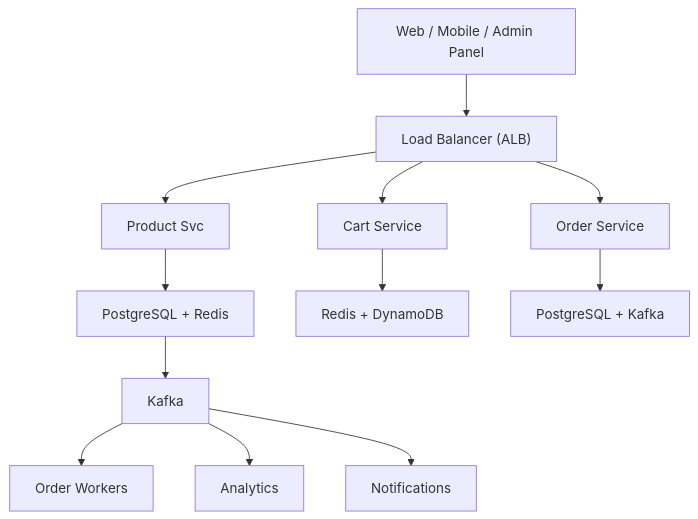
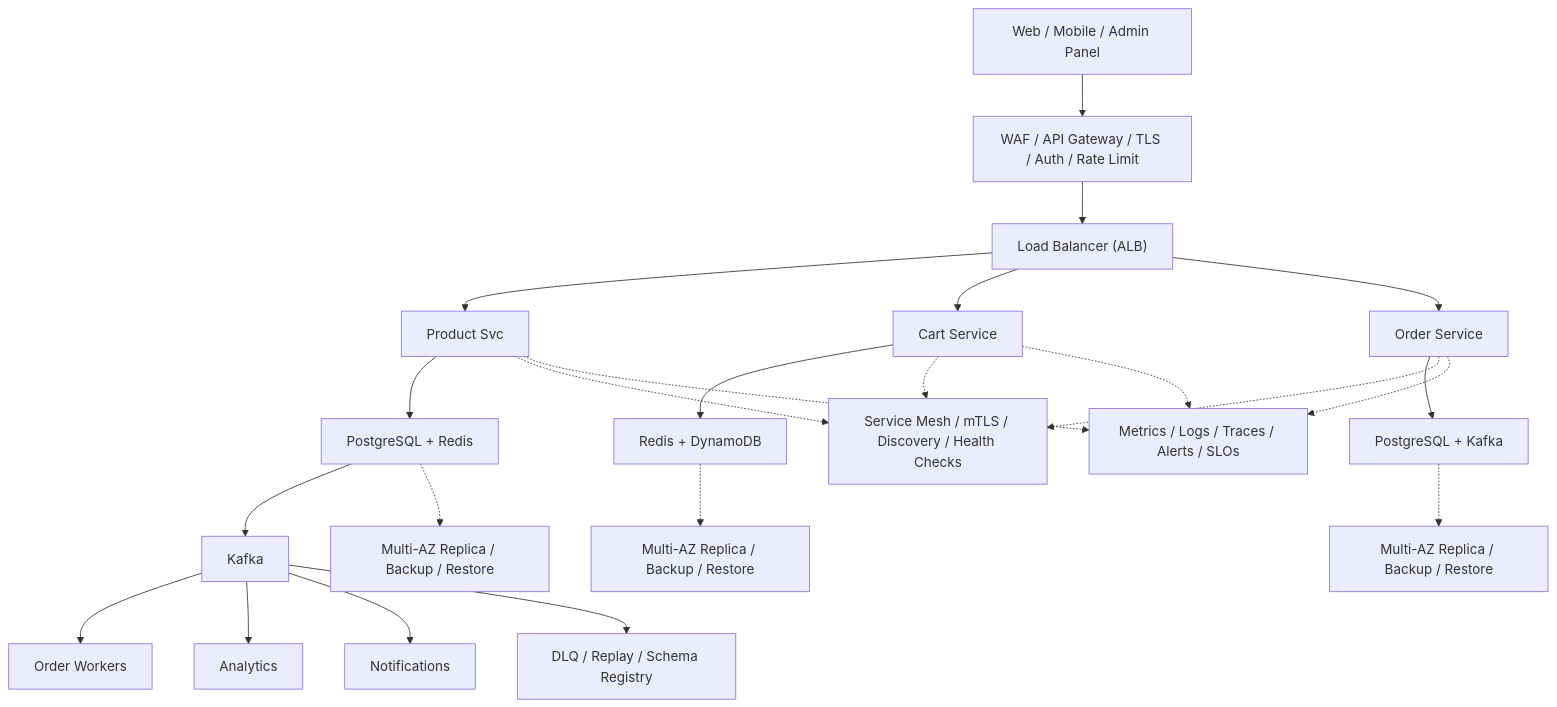
The diagram in system-design-ecommerce.md (aishwary11/system-design), drawn with Mermaid before and after one commit. The commit also changed 31 other files, not shown here.

Commit message:
Add production-grade architecture details

````diff
--- a/system-design-ecommerce.md
+++ b/system-design-ecommerce.md
@@ -40,14 +40,25 @@
 ```mermaid
 flowchart TB
-    clients["Web / Mobile / Admin Panel"] --> lb["Load Balancer (ALB)"]
+    clients["Web / Mobile / Admin Panel"] --> edge["WAF / API Gateway / TLS / Auth / Rate Limit"]
+    edge --> lb["Load Balancer (ALB)"]
     lb --> svc0["Product Svc"]
     lb --> svc1["Cart Service"]
     lb --> svc2["Order Service"]
     svc0 --> store0["PostgreSQL + Redis"]
     svc1 --> store1["Redis + DynamoDB"]
     svc2 --> store2["PostgreSQL + Kafka"]
     store0 --> stream["Kafka"]
     stream --> worker0["Order Workers"]
     stream --> worker1["Analytics"]
     stream --> worker2["Notifications"]
+    svc0 -.-> platform["Service Mesh / mTLS / Discovery / Health Checks"]
+    svc1 -.-> platform
+    svc2 -.-> platform
+    store0 -.-> backup0["Multi-AZ Replica / Backup / Restore"]
+    store1 -.-> backup1["Multi-AZ Replica / Backup / Restore"]
+    store2 -.-> backup2["Multi-AZ Replica / Backup / Restore"]
+    stream --> dlq["DLQ / Replay / Schema Registry"]
+    svc0 -.-> ops["Metrics / Logs / Traces / Alerts / SLOs"]
+    svc1 -.-> ops
+    svc2 -.-> ops
 ```
````
